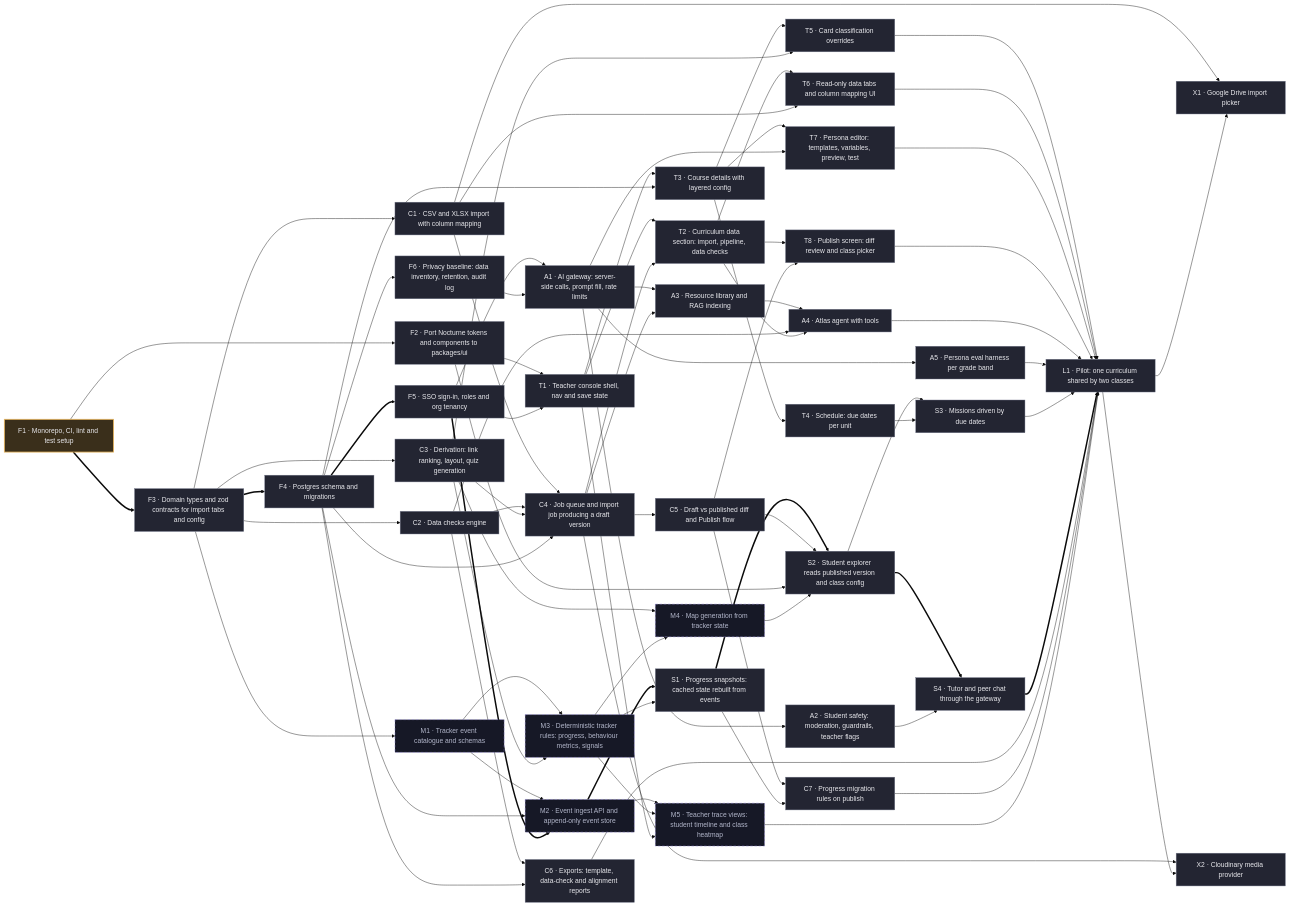
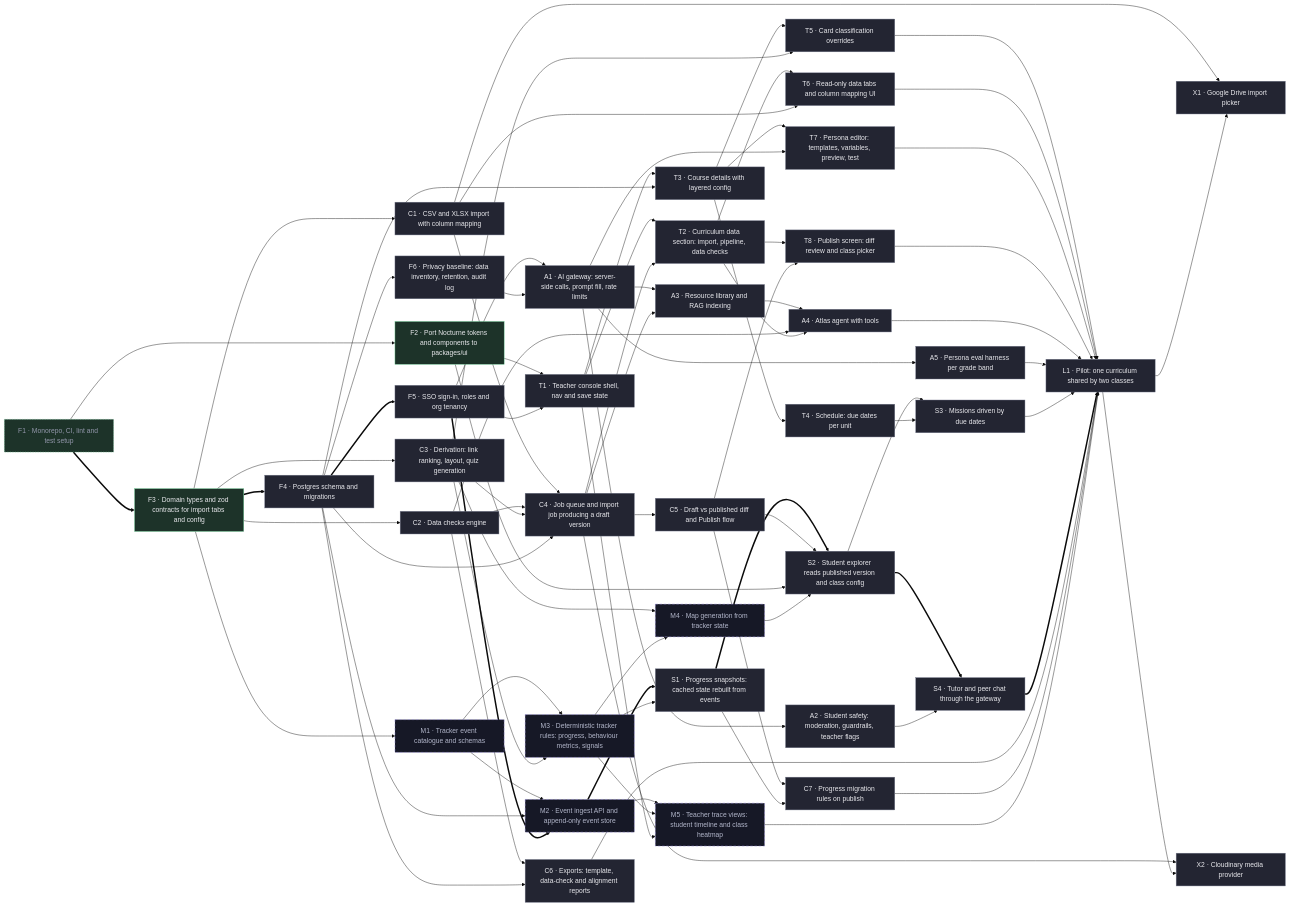
One commit to tenkevin/mind-your-tutor changed the diagram in docs/PLAN.md. Above: the diagram before and after it, drawn with Mermaid (base theme). The commit also changed other lines of this file and 1 other file, not shown here.

First line of the commit message:
plan: F1 done

````diff
--- a/docs/PLAN.md
+++ b/docs/PLAN.md
@@ -198,7 +200,8 @@
   classDef review fill:#3a2f1b,stroke:#e6b45c,color:#e9e9ed,stroke-width:2px
   classDef done fill:#1d3329,stroke:#6fcf97,color:#9397ab,stroke-dasharray:3 3
   classDef spec fill:#161826,stroke:#968ae0,color:#b2b6ca,stroke-dasharray:6 4
-  class F2,F3,F4,F5,F6,C1,C2,C3,C4,C5,C6,C7,T1,T2,T3,T4,T5,T6,T7,T8,A1,A2,A3,A4,A5,S1,S2,S3,S4,L1,X1,X2 todo
-  class F1 review
+  class F4,F5,F6,C1,C2,C3,C4,C5,C6,C7,T1,T2,T3,T4,T5,T6,T7,T8,A1,A2,A3,A4,A5,S1,S2,S3,S4,L1,X1,X2 todo
+  class F1 done
+  class F2,F3 ready
   class M1,M2,M3,M4,M5 spec
 ```
````
